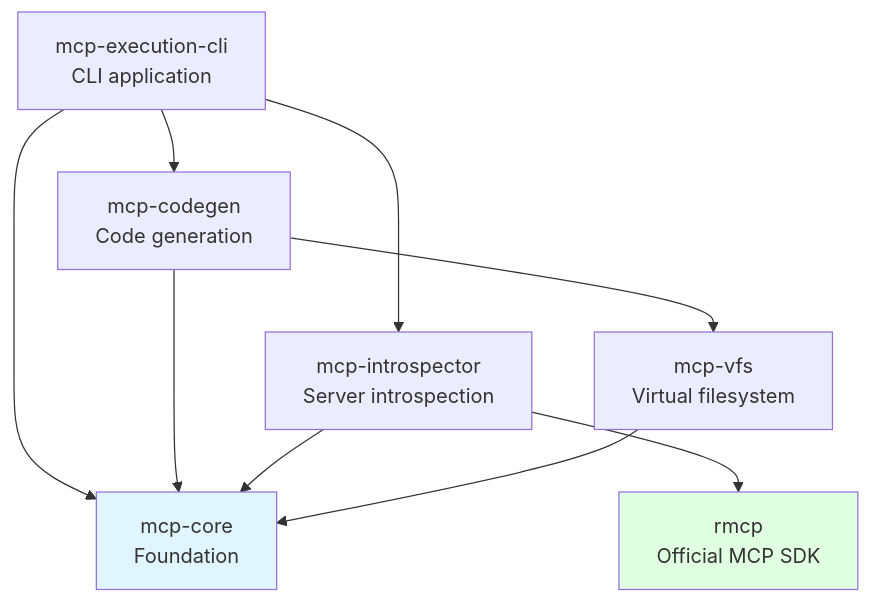
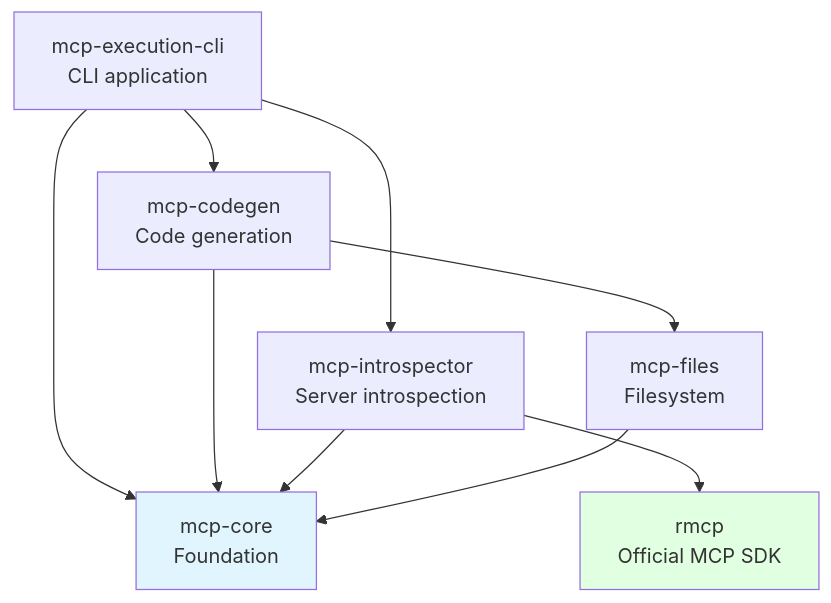
Before and after one commit to bug-ops/mcp-execution: the diagram in docs/ARCHITECTURE.md, drawn with Mermaid. The commit also changed other lines of this file and 21 other files, not shown here.

First line of the commit message:
refactor: rename mcp-vfs to mcp-files

````diff
--- a/docs/ARCHITECTURE.md
+++ b/docs/ARCHITECTURE.md
@@ -76,17 +76,17 @@
 ```mermaid
 graph TD
     CLI[mcp-execution-cli<br/>CLI application] --> CODEGEN[mcp-codegen<br/>Code generation]
     CLI --> INTRO[mcp-introspector<br/>Server introspection]
     CLI --> CORE[mcp-core<br/>Foundation]
 
-    CODEGEN --> VFS[mcp-vfs<br/>Virtual filesystem]
+    CODEGEN --> FILES[mcp-files<br/>Filesystem]
     CODEGEN --> CORE
 
     INTRO --> RMCP[rmcp<br/>Official MCP SDK]
     INTRO --> CORE
 
-    VFS --> CORE
+    FILES --> CORE
 
     style CORE fill:#e1f5ff
     style RMCP fill:#e1ffe1
 ```
````
